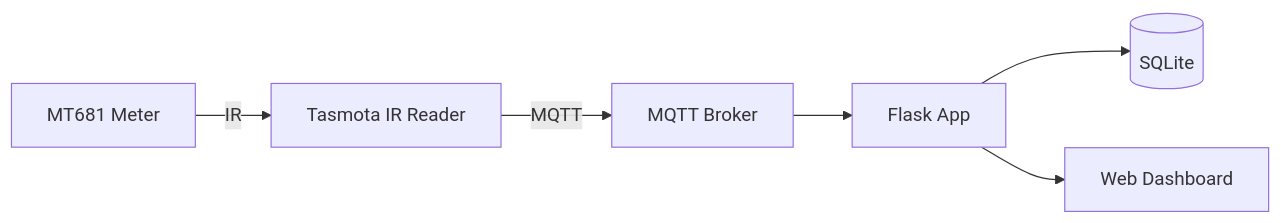
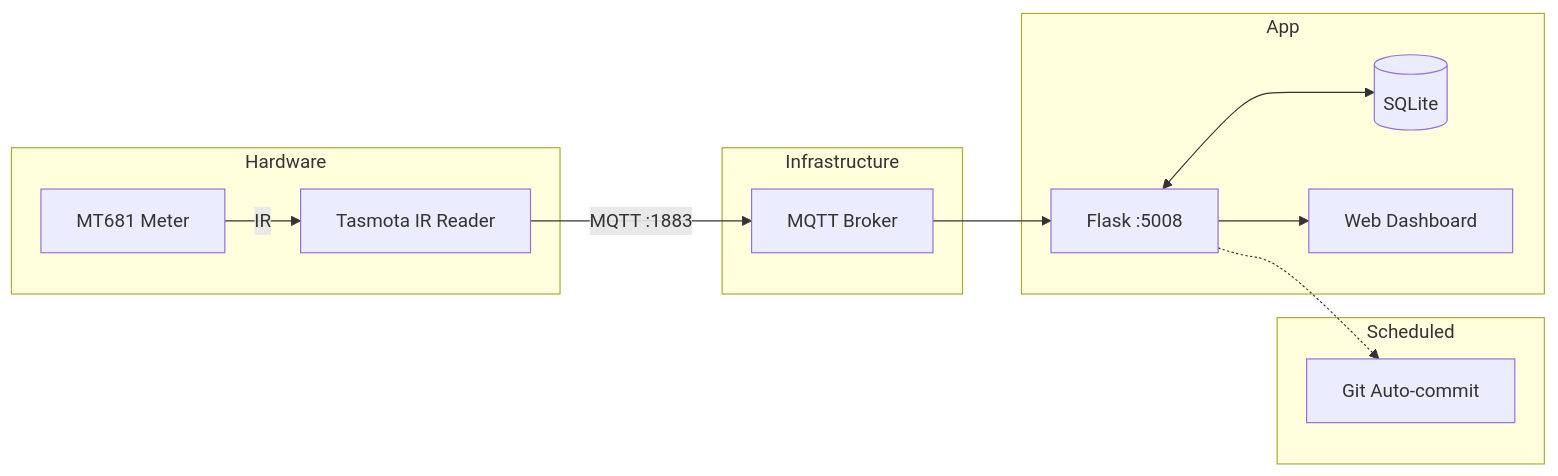
Before and after one commit to momonala/energy-meter: the diagram in README.md, drawn with Mermaid. The commit also changed other lines of this file and 3 other files, not shown here.

````diff
--- a/README.md
+++ b/README.md
@@ -12,8 +15,17 @@
 ```mermaid
 flowchart LR
-    A[MT681 Meter] -->|IR| B[Tasmota IR Reader]
-    B -->|MQTT| C[MQTT Broker]
-    C --> D[Flask App]
-    D --> E[(SQLite)]
-    D --> F[Web Dashboard]
+    subgraph Hardware
+        Meter[MT681 Meter] -->|IR| Tasmota[Tasmota IR Reader]
+    end
+    subgraph Infrastructure
+        Tasmota -->|MQTT :1883| Broker[MQTT Broker]
+    end
+    subgraph App
+        Broker --> Flask[Flask :5008]
+        Flask <--> DB[(SQLite)]
+        Flask --> UI[Web Dashboard]
+    end
+    subgraph Scheduled
+        Flask -.-> Git[Git Auto-commit]
+    end
 ```
````
